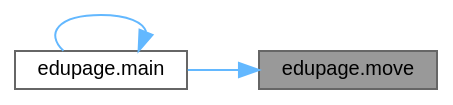
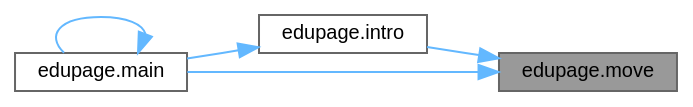
The diagram in d0/d52/namespaceedupage_a6811c8f4821bef2794d3b744d5135ef7_icgraph.dot (GrenManSK/ZnamE), drawn with Graphviz before and after one commit. The commit also changed 483 other files, not shown here.

```diff
--- a/d0/d52/namespaceedupage_a6811c8f4821bef2794d3b744d5135ef7_icgraph.dot
+++ b/d0/d52/namespaceedupage_a6811c8f4821bef2794d3b744d5135ef7_icgraph.dot
@@ -1,12 +1,15 @@
 digraph "edupage.move"
 {
  // LATEX_PDF_SIZE
   bgcolor="transparent";
   edge [fontname=Helvetica,fontsize=10,labelfontname=Helvetica,labelfontsize=10];
   node [fontname=Helvetica,fontsize=10,shape=box,height=0.2,width=0.4];
   rankdir="RL";
   Node1 [label="edupage.move",height=0.2,width=0.4,color="gray40", fillcolor="grey60", style="filled", fontcolor="black",tooltip=" "];
   Node1 -> Node2 [dir="back",color="steelblue1",style="solid"];
-  Node2 [label="edupage.main",height=0.2,width=0.4,color="grey40", fillcolor="white", style="filled",URL="$d0/d52/namespaceedupage.html#a119d208fce33ca55d6b605c22dbcd534",tooltip=" "];
-  Node2 -> Node2 [dir="back",color="steelblue1",style="solid"];
+  Node2 [label="edupage.intro",height=0.2,width=0.4,color="grey40", fillcolor="white", style="filled",URL="$d0/d52/namespaceedupage.html#a316dc71e49505324d14deee19eccd566",tooltip=" "];
+  Node2 -> Node3 [dir="back",color="steelblue1",style="solid"];
+  Node3 [label="edupage.main",height=0.2,width=0.4,color="grey40", fillcolor="white", style="filled",URL="$d0/d52/namespaceedupage.html#a119d208fce33ca55d6b605c22dbcd534",tooltip=" "];
+  Node3 -> Node3 [dir="back",color="steelblue1",style="solid"];
+  Node1 -> Node3 [dir="back",color="steelblue1",style="solid"];
 }
```
